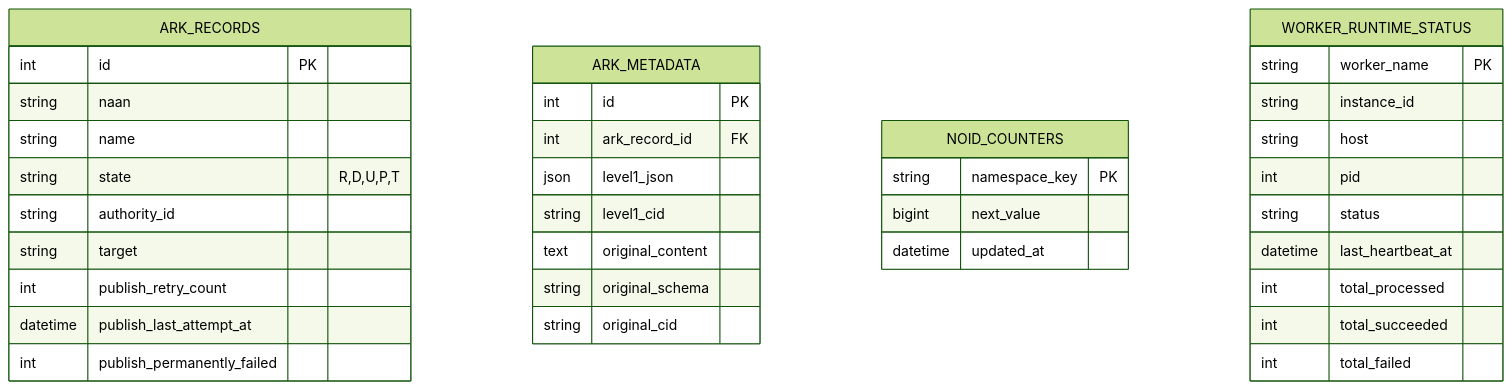
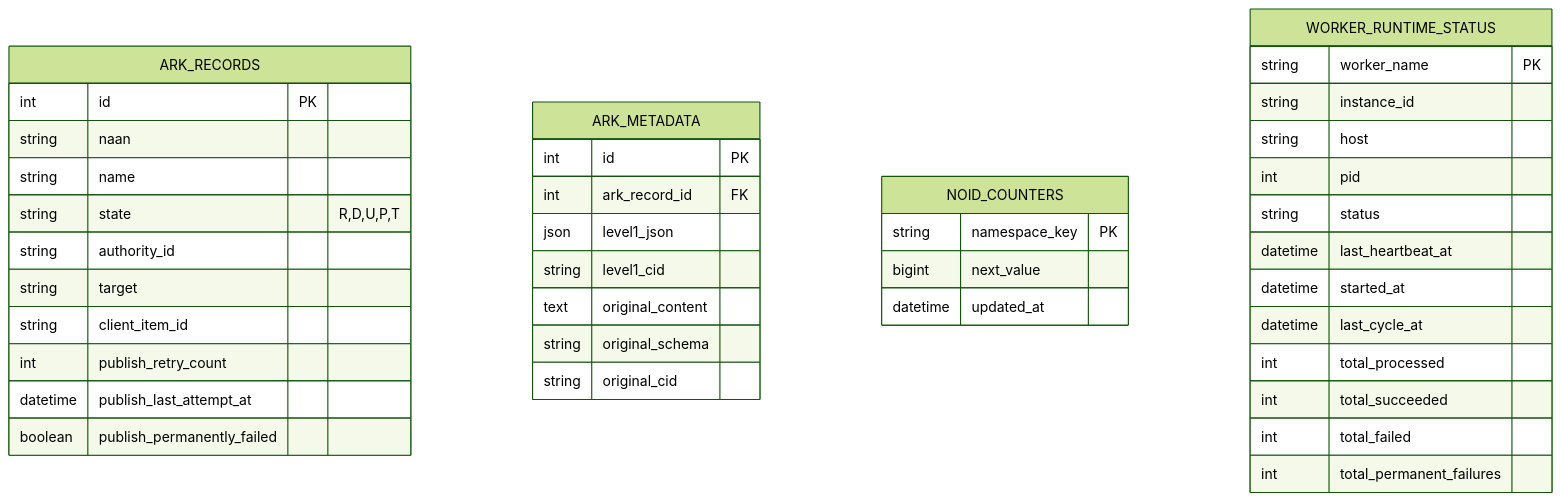
One commit to LA-Referencia-IOI/dark-core-minter-api changed the tenth of 11 diagrams in minter-architecture.md. Above: the diagram before and after it, drawn with Mermaid (forest theme). The commit also changed other lines of this file and 12 other files, not shown here.

````diff
--- a/minter-architecture.md
+++ b/minter-architecture.md
@@ -178,42 +400,46 @@
 ```mermaid
 erDiagram
     ARK_RECORDS {
         int id PK
         string naan
         string name
         string state "R,D,U,P,T"
         string authority_id
         string target
+        string client_item_id
         int publish_retry_count
         datetime publish_last_attempt_at
-        int publish_permanently_failed
+        boolean publish_permanently_failed
     }
 
     ARK_METADATA {
         int id PK
         int ark_record_id FK
         json level1_json
         string level1_cid
         text original_content
         string original_schema
         string original_cid
     }
 
     NOID_COUNTERS {
         string namespace_key PK
         bigint next_value
         datetime updated_at
     }
 
     WORKER_RUNTIME_STATUS {
         string worker_name PK
         string instance_id
         string host
         int pid
         string status
         datetime last_heartbeat_at
+        datetime started_at
+        datetime last_cycle_at
         int total_processed
         int total_succeeded
         int total_failed
+        int total_permanent_failures
     }
 ```
````
